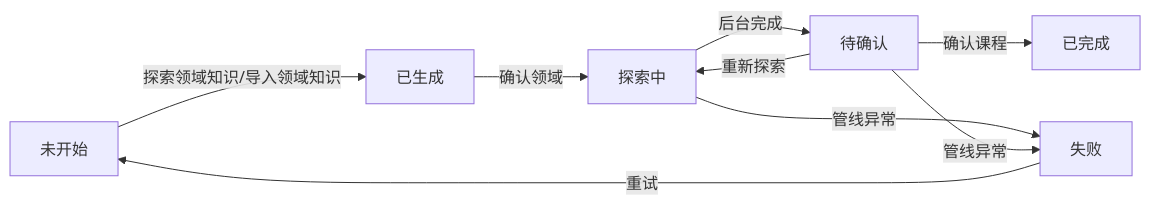
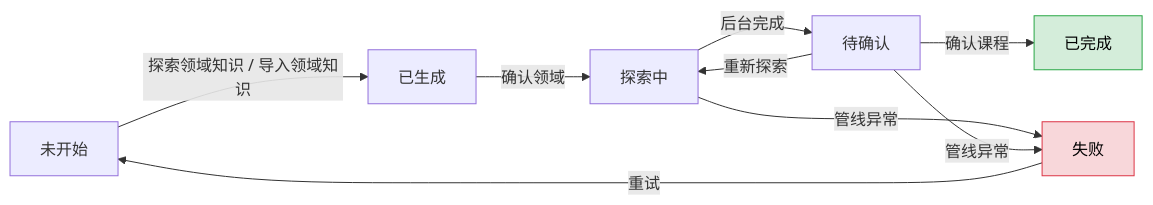
Before and after one commit to swfswf1234/QED-Engine: the second of 5 diagrams in docs/design/downloads-flow.md, drawn with Mermaid. The commit also changed other lines of this file and 42 other files, not shown here.

````diff
--- a/docs/design/downloads-flow.md
+++ b/docs/design/downloads-flow.md
@@ -56,11 +70,15 @@
 ```mermaid
 flowchart LR
-    A[未开始] -- 探索领域知识/导入领域知识 --> B[已生成]
-    B -- 确认领域 --> C[探索中]
-    C -- 后台完成 --> D[待确认]
-    D -- 确认课程 --> E[已完成]
-    C -- 管线异常 --> F[失败]
-    D -- 管线异常 --> F
-    F -- 重试 --> A
-    D -- 重新探索 --> C
+    A["未开始"] -->|"探索领域知识 / 导入领域知识"| B["已生成"]
+    B -->|"确认领域"| C["探索中"]
+    C -->|"后台完成"| D["待确认"]
+    D -->|"确认课程"| E["已完成"]
+    C -->|"管线异常"| F["失败"]
+    D -->|"管线异常"| F
+    F -->|"重试"| A
+    D -->|"重新探索"| C
+    classDef terminal fill:#d4edda,stroke:#28a745,color:#000
+    classDef fail fill:#f8d7da,stroke:#dc3545,color:#000
+    class E terminal
+    class F fail
 ```
````
